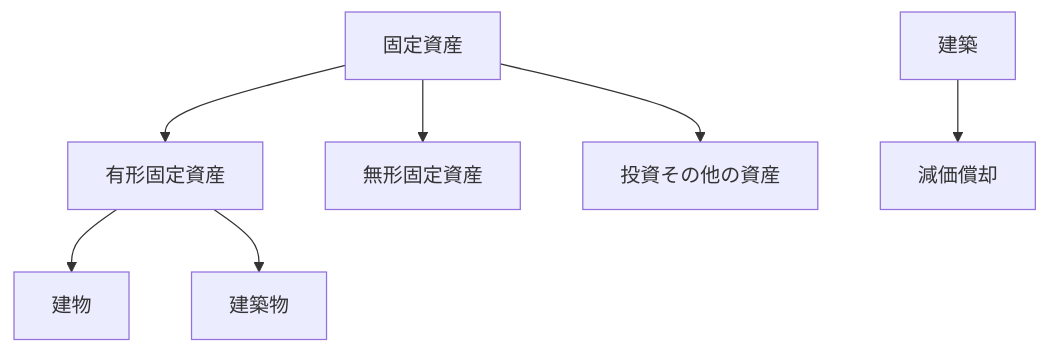
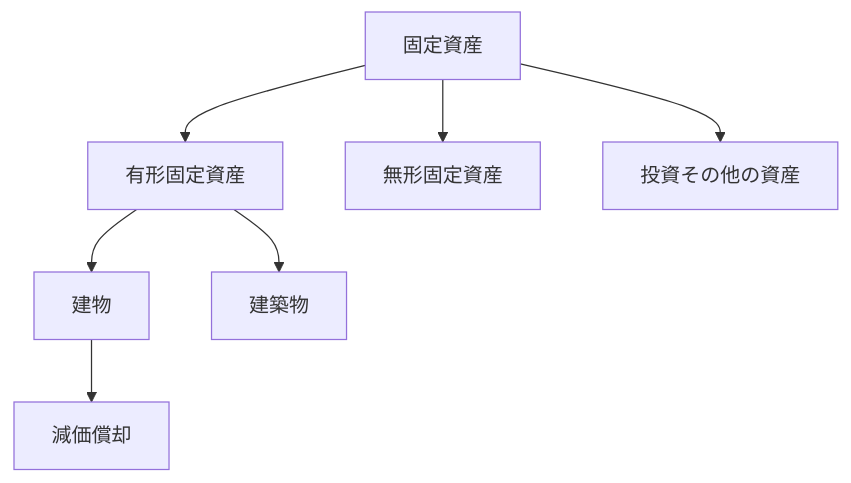
The diagram in 固定資産/固定資産の分類.md (bebetakumi/mermaid), drawn with Mermaid before and after one commit.

````diff
--- a/固定資産/固定資産の分類.md
+++ b/固定資産/固定資産の分類.md
@@ -1,15 +1,15 @@
 ```mermaid
 graph TD
 
 固定資産
 有形固定資産
 無形固定資産
 投資その他の資産
 建物
 建築物
 
 固定資産 --> 有形固定資産 --> 建物 & 建築物
 固定資産 --> 無形固定資産
 固定資産 --> 投資その他の資産
-建築 --> 減価償却
+建物 --> 減価償却
 ```
````
